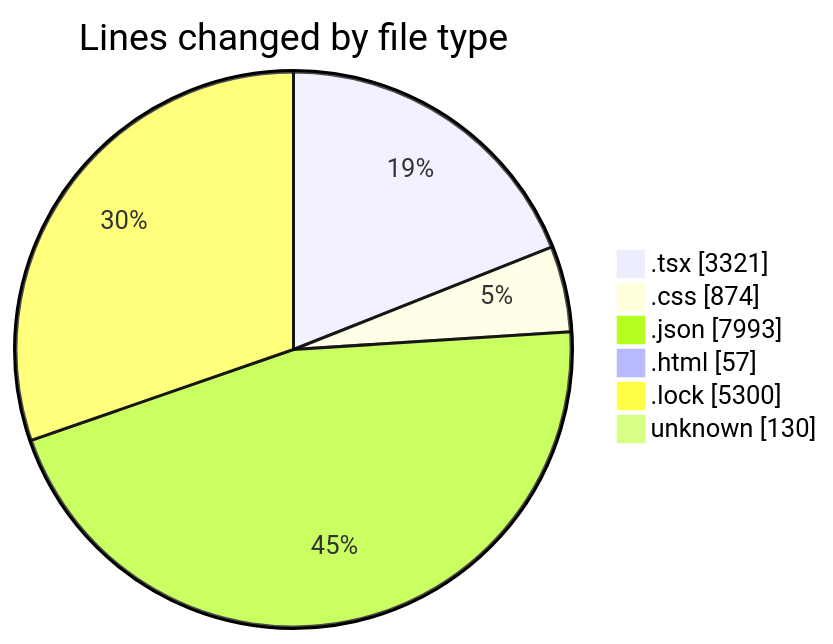
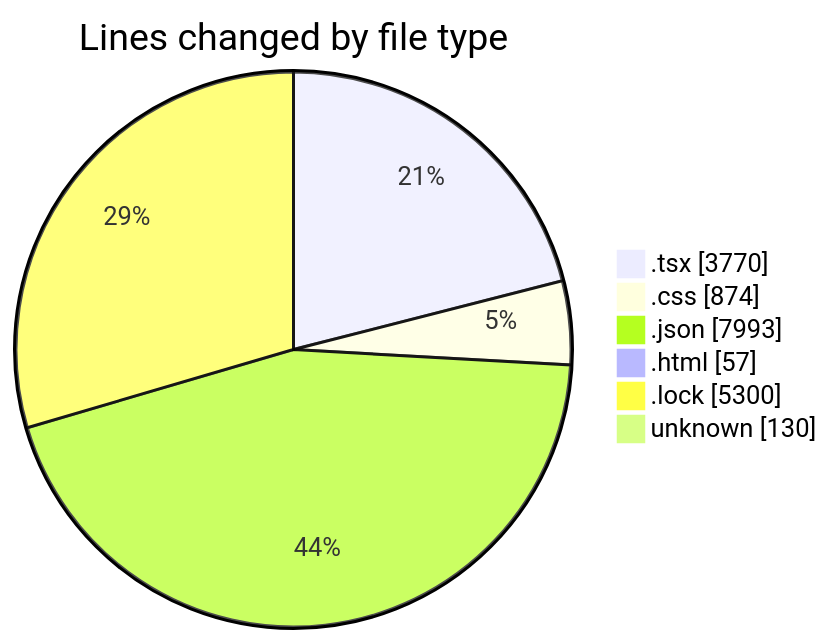
The first of 2 diagrams in 2025-08-12/ribbon/README.md (EIIisD/code-tracking), drawn with Mermaid before and after one commit. The commit also changed other lines of this file and 1 other file, not shown here.

````diff
--- a/2025-08-12/ribbon/README.md
+++ b/2025-08-12/ribbon/README.md
@@ -40,10 +40,10 @@
 ```mermaid
 pie showData
 title Lines changed by file type
-".tsx" : 3321
+".tsx" : 3770
 ".css" : 874
 ".json" : 7993
 ".html" : 57
 ".lock" : 5300
 "unknown" : 130
 ```
````
